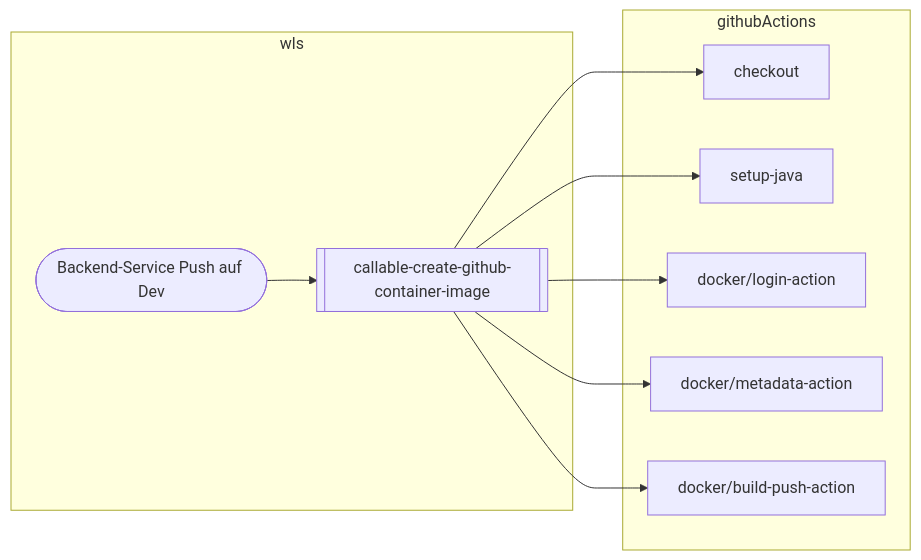
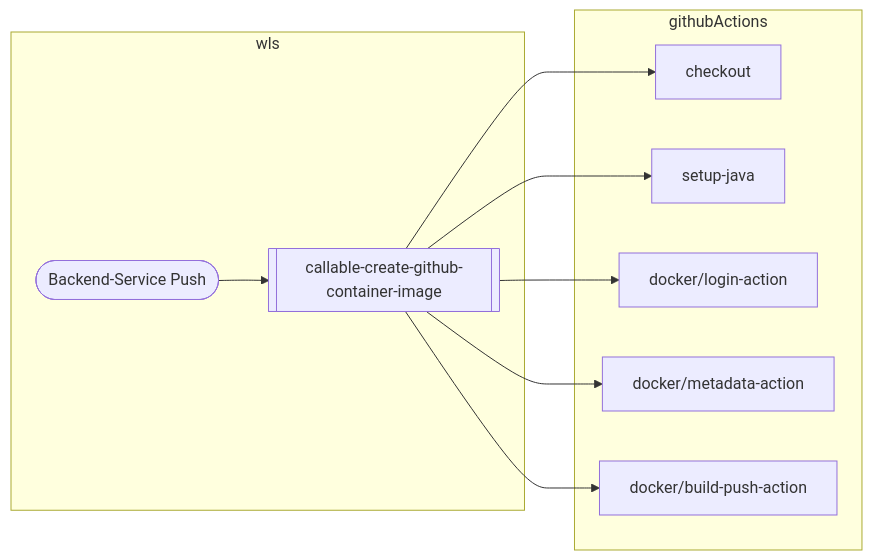
Before and after one commit to it-at-m/Wahllokalsystem: the seventh of 13 diagrams in docs/src/technik/ecosystem/workflowsAndArtifacts/relations.md, drawn with Mermaid. The commit also changed other lines of this file, not shown here.

````diff
--- a/docs/src/technik/ecosystem/workflowsAndArtifacts/relations.md
+++ b/docs/src/technik/ecosystem/workflowsAndArtifacts/relations.md
@@ -97,23 +97,23 @@
 ```mermaid
 flowchart LR
     subgraph wls
-        backendServiceDevPush([Backend-Service Push auf Dev])
+        backendServiceDevPush([Backend-Service Push])
 
         buildImage[[callable-create-github-container-image]]
     end
 
     subgraph githubActions
         checkout
         setup-java
         docker/login-action
         docker/metadata-action
         docker/build-push-action
     end
 
     backendServiceDevPush --> buildImage
     buildImage --> checkout
     buildImage --> setup-java
     buildImage --> docker/login-action
     buildImage --> docker/metadata-action
     buildImage --> docker/build-push-action
 ```
````
